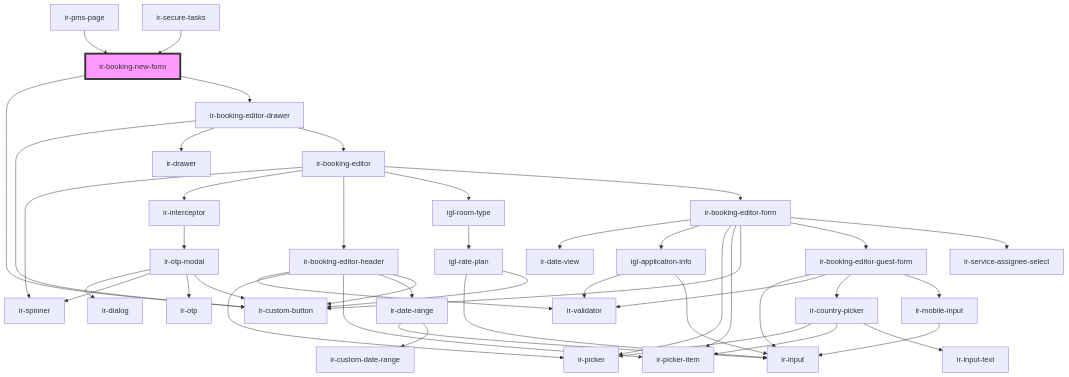
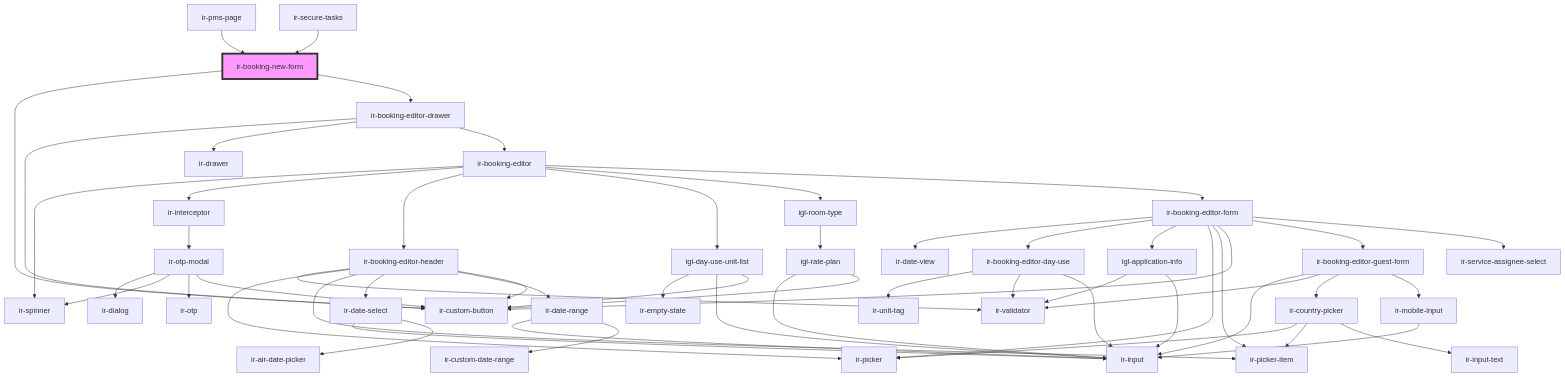
Before and after one commit to RonyRizk/ir-webcmp: the diagram in src/components/ir-booking-new-form/readme.md, drawn with Mermaid. The commit also changed 244 other files, not shown here.

````diff
--- a/src/components/ir-booking-new-form/readme.md
+++ b/src/components/ir-booking-new-form/readme.md
@@ -30,48 +30,59 @@
 ```mermaid
 graph TD;
   ir-booking-new-form --> ir-custom-button
   ir-booking-new-form --> ir-booking-editor-drawer
   ir-booking-editor-drawer --> ir-custom-button
   ir-booking-editor-drawer --> ir-drawer
   ir-booking-editor-drawer --> ir-booking-editor
   ir-booking-editor --> ir-spinner
   ir-booking-editor --> ir-interceptor
   ir-booking-editor --> ir-booking-editor-header
+  ir-booking-editor --> igl-day-use-unit-list
   ir-booking-editor --> igl-room-type
   ir-booking-editor --> ir-booking-editor-form
   ir-interceptor --> ir-otp-modal
   ir-otp-modal --> ir-dialog
   ir-otp-modal --> ir-spinner
   ir-otp-modal --> ir-otp
   ir-otp-modal --> ir-custom-button
   ir-booking-editor-header --> ir-validator
   ir-booking-editor-header --> ir-picker
   ir-booking-editor-header --> ir-picker-item
+  ir-booking-editor-header --> ir-date-select
   ir-booking-editor-header --> ir-date-range
   ir-booking-editor-header --> ir-custom-button
+  ir-date-select --> ir-input
+  ir-date-select --> ir-air-date-picker
   ir-date-range --> ir-input
   ir-date-range --> ir-custom-date-range
+  igl-day-use-unit-list --> ir-empty-state
+  igl-day-use-unit-list --> ir-input
+  igl-day-use-unit-list --> ir-custom-button
   igl-room-type --> igl-rate-plan
   igl-rate-plan --> ir-input
   igl-rate-plan --> ir-custom-button
   ir-booking-editor-form --> ir-date-view
+  ir-booking-editor-form --> ir-booking-editor-day-use
   ir-booking-editor-form --> igl-application-info
   ir-booking-editor-form --> ir-picker
   ir-booking-editor-form --> ir-picker-item
   ir-booking-editor-form --> ir-custom-button
   ir-booking-editor-form --> ir-booking-editor-guest-form
   ir-booking-editor-form --> ir-service-assignee-select
+  ir-booking-editor-day-use --> ir-unit-tag
+  ir-booking-editor-day-use --> ir-validator
+  ir-booking-editor-day-use --> ir-input
   igl-application-info --> ir-validator
   igl-application-info --> ir-input
   ir-booking-editor-guest-form --> ir-input
   ir-booking-editor-guest-form --> ir-validator
   ir-booking-editor-guest-form --> ir-country-picker
   ir-booking-editor-guest-form --> ir-mobile-input
   ir-country-picker --> ir-picker
   ir-country-picker --> ir-picker-item
   ir-country-picker --> ir-input-text
   ir-mobile-input --> ir-input
   ir-pms-page --> ir-booking-new-form
   ir-secure-tasks --> ir-booking-new-form
   style ir-booking-new-form fill:#f9f,stroke:#333,stroke-width:4px
 ```
````
